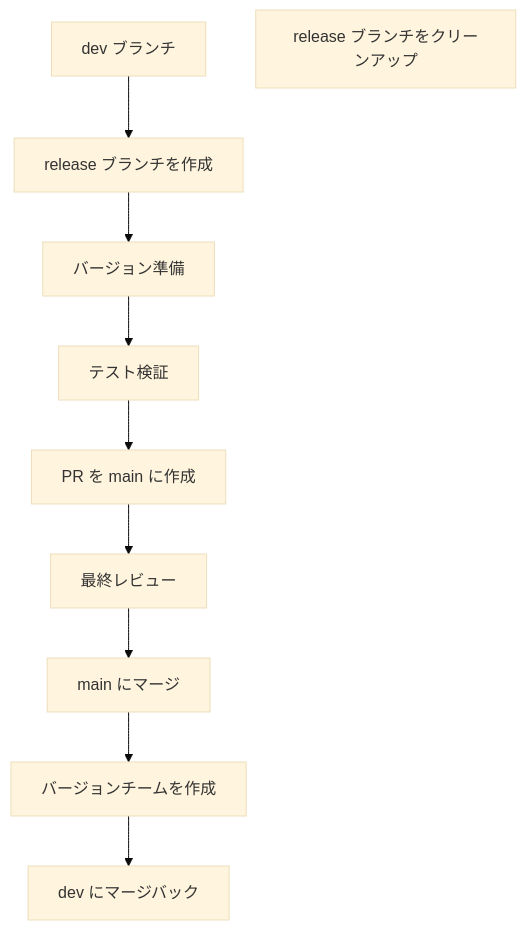
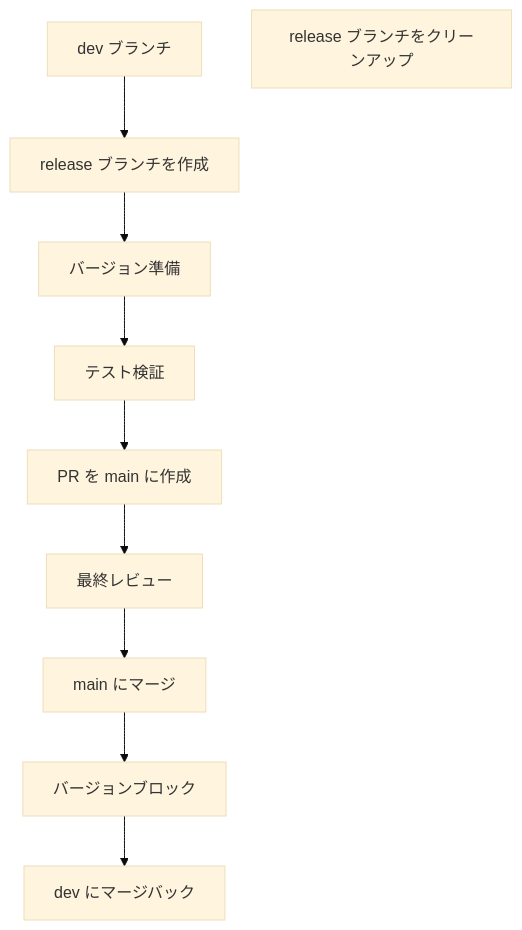
Before and after one commit to ChenXu233/YaoXiang: the third of 3 diagrams in docs/src/ja/dev/branch-maintenance-guide.md, drawn with Mermaid (base theme). The commit also changed other lines of this file and 163 other files, not shown here.

````diff
--- a/docs/src/ja/dev/branch-maintenance-guide.md
+++ b/docs/src/ja/dev/branch-maintenance-guide.md
@@ -181,12 +181,12 @@
 ```mermaid
 graph TD
     A[dev ブランチ] --> B[release ブランチを作成]
     B --> C[バージョン準備]
     C --> D[テスト検証]
     D --> E[PR を main に作成]
     E --> F[最終レビュー]
     F --> G[main にマージ]
-    G --> H[バージョンチームを作成]
+    G --> H[バージョンブロック]
     H --> I[dev にマージバック]
     J[release ブランチをクリーンアップ]
 ```
````
